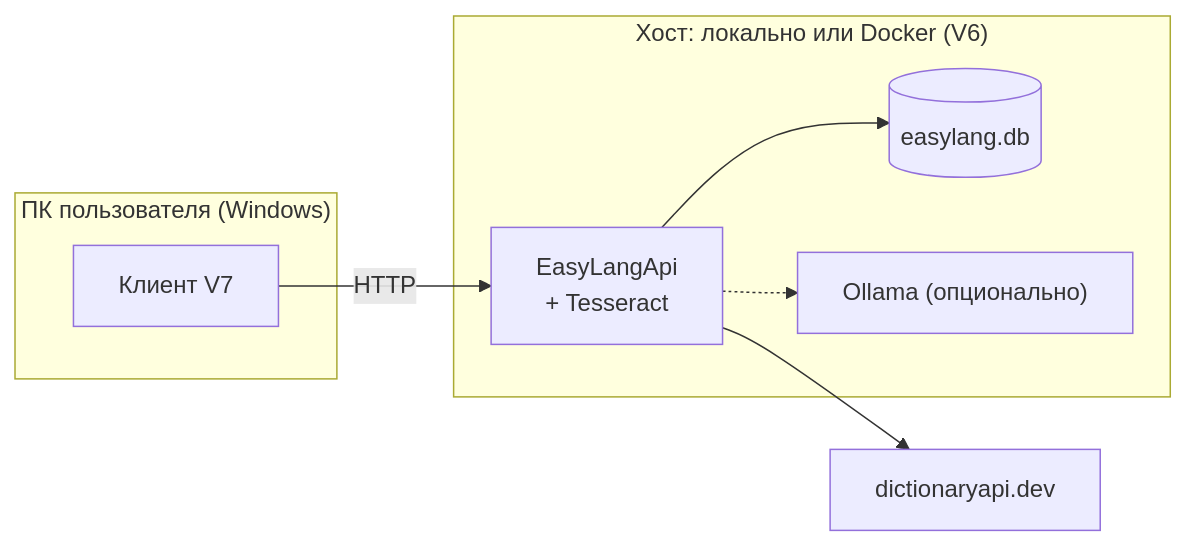
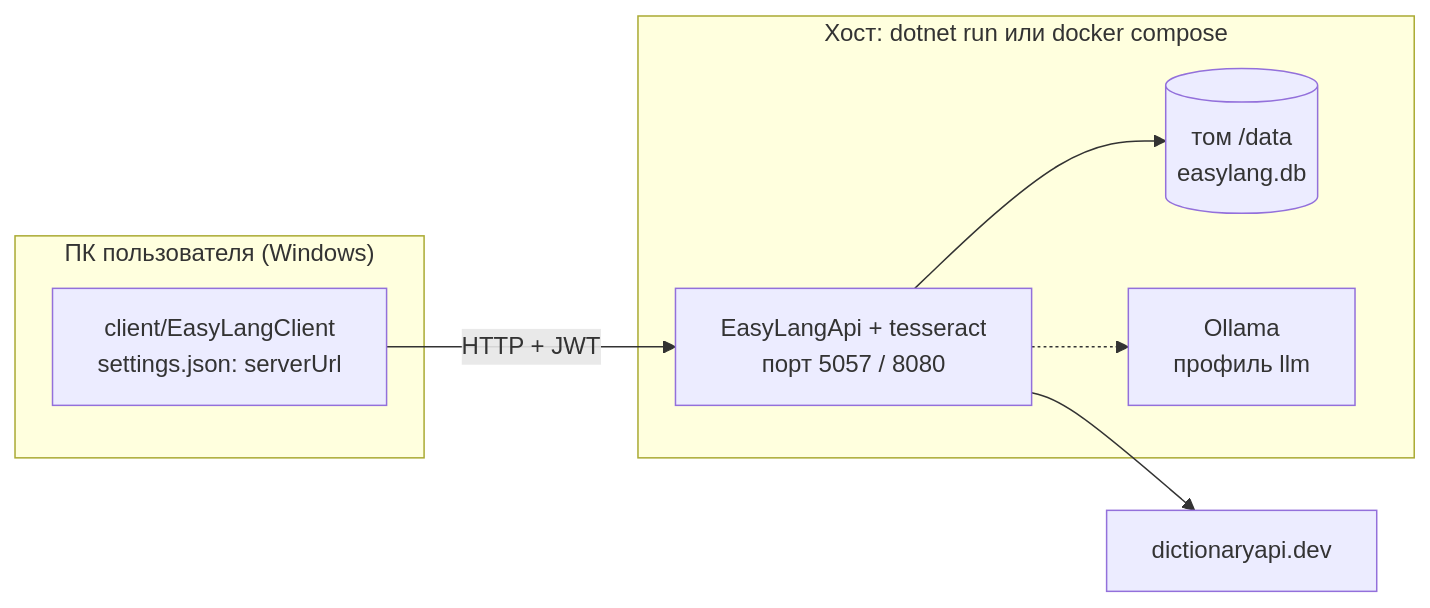
One commit to k0baboba/EasyLangApi changed the eighth of 8 diagrams in docs/04-architecture.md. Above: the diagram before and after it, drawn with Mermaid. The commit also changed other lines of this file and 6 other files, not shown here.

````diff
--- a/docs/04-architecture.md
+++ b/docs/04-architecture.md
@@ -269,16 +365,16 @@
 ```mermaid
 flowchart LR
     subgraph PC["ПК пользователя (Windows)"]
-        CL["Клиент V7"]
+        CL["client/EasyLangClient<br/>settings.json: serverUrl"]
     end
-    subgraph Host["Хост: локально или Docker (V6)"]
-        APP["EasyLangApi<br/>+ Tesseract"]
-        F[("easylang.db")]
-        OL["Ollama (опционально)"]
+    subgraph Host["Хост: dotnet run или docker compose"]
+        APP["EasyLangApi + tesseract<br/>порт 5057 / 8080"]
+        F[("том /data<br/>easylang.db")]
+        OL["Ollama<br/>профиль llm"]
     end
     EXT["dictionaryapi.dev"]
-    CL -- "HTTP" --> APP
+    CL -- "HTTP + JWT" --> APP
     APP --> F
     APP -.-> OL
     APP --> EXT
 ```
````
